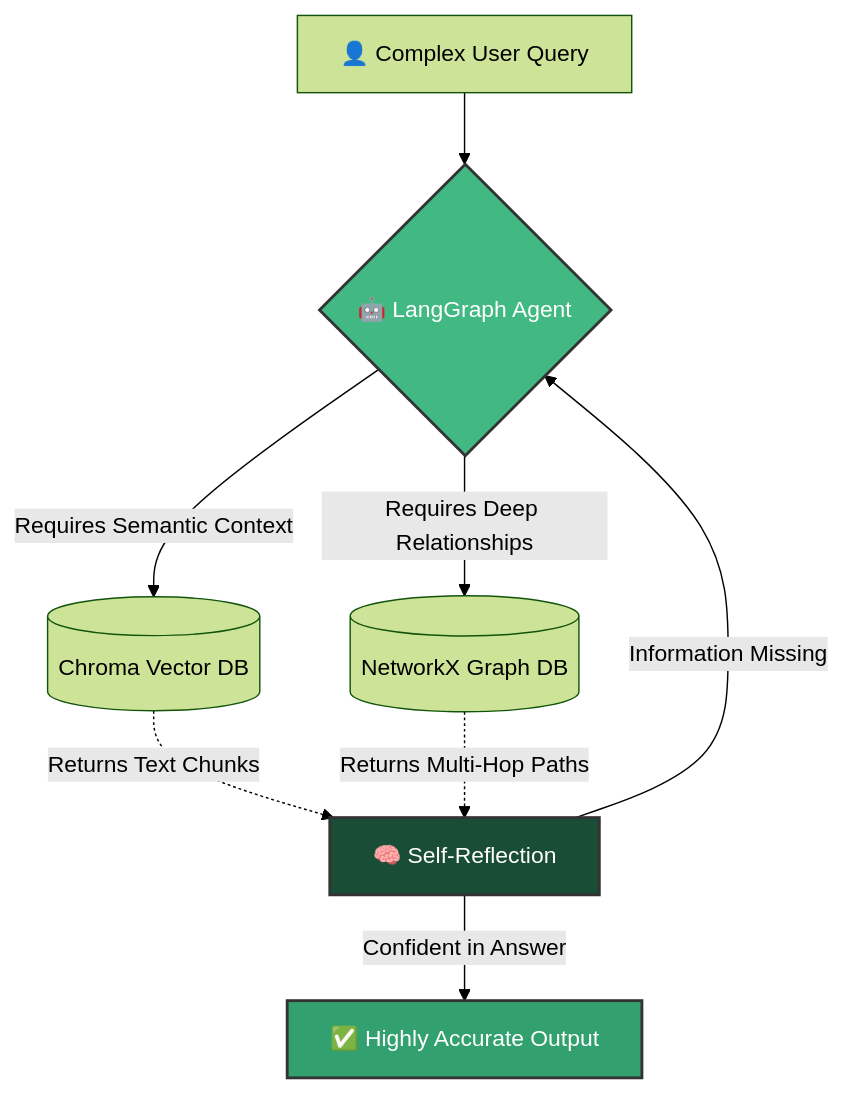
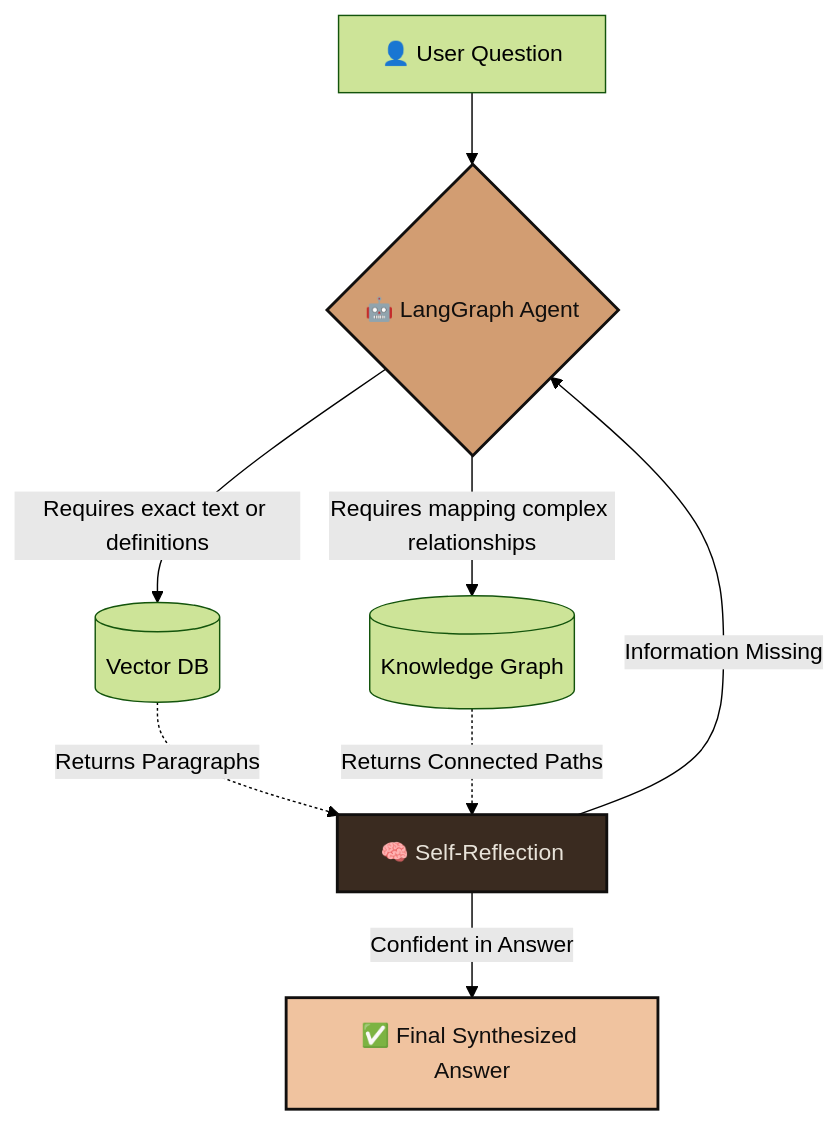
Before and after one commit to Saaalil/DocRagGraph: the diagram in docs/src/content/docs/guides/architecture.md, drawn with Mermaid (forest theme). The commit also changed other lines of this file and 3 other files, not shown here.

````diff
--- a/docs/src/content/docs/guides/architecture.md
+++ b/docs/src/content/docs/guides/architecture.md
@@ -26,17 +23,17 @@
 ```mermaid
 graph TD
-    A[👤 Complex User Query] --> B{🤖 LangGraph Agent}
+    A[👤 User Question] --> B{🤖 LangGraph Agent}
     
-    B -->|Requires Semantic Context| C[(Chroma Vector DB)]
-    B -->|Requires Deep Relationships| D[(NetworkX Graph DB)]
+    B -->|Requires exact text or definitions| C[(Vector DB)]
+    B -->|Requires mapping complex relationships| D[(Knowledge Graph)]
     
-    C -.->|Returns Text Chunks| E[🧠 Self-Reflection]
-    D -.->|Returns Multi-Hop Paths| E
+    C -.->|Returns Paragraphs| E[🧠 Self-Reflection]
+    D -.->|Returns Connected Paths| E
     
     E -->|Information Missing| B
-    E -->|Confident in Answer| F[✅ Highly Accurate Output]
+    E -->|Confident in Answer| F[✅ Final Synthesized Answer]
     
-    style B fill:#42b883,stroke:#333,stroke-width:2px,color:#fff
-    style F fill:#33a06f,stroke:#333,stroke-width:2px,color:#fff
-    style E fill:#1a4d36,stroke:#333,stroke-width:2px,color:#fff
+    style B fill:#d29d72,stroke:#110f0e,stroke-width:2px,color:#110f0e
+    style F fill:#f0c39f,stroke:#110f0e,stroke-width:2px,color:#110f0e
+    style E fill:#3a2b20,stroke:#110f0e,stroke-width:2px,color:#e8e3d9
 ```
````
